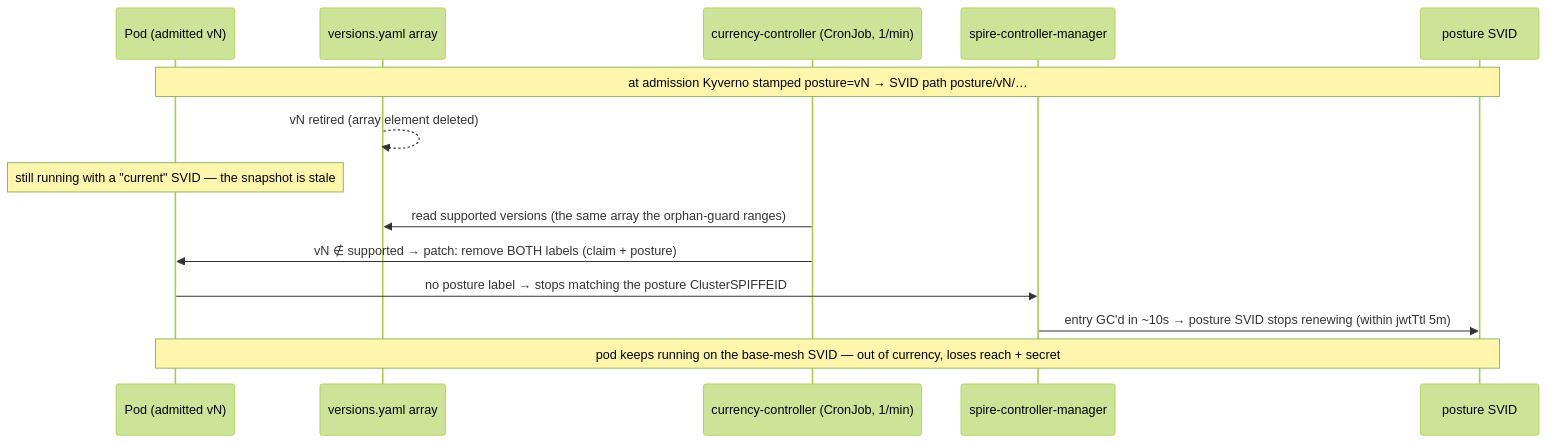
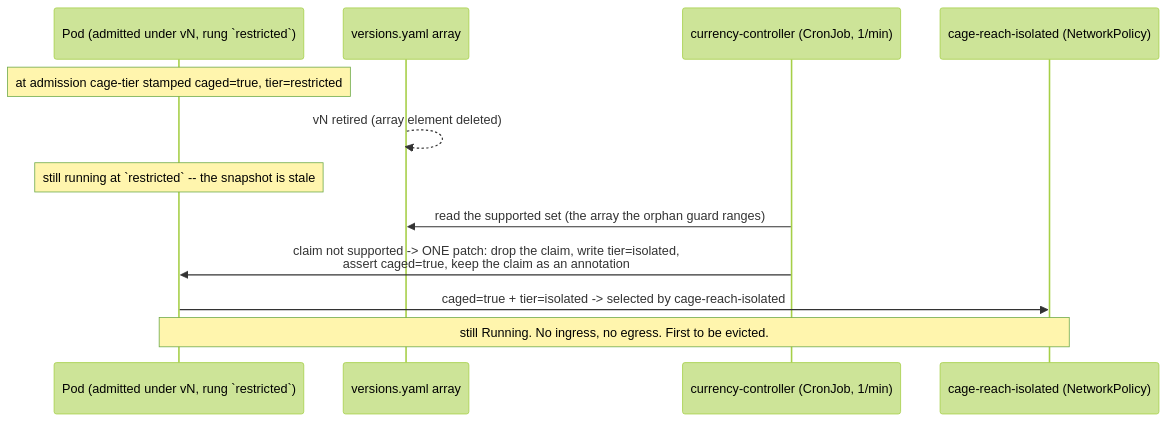
The diagram in currency-controller/README.md (policy-as-versioned-platform/platform), drawn with Mermaid (forest theme) before and after one commit. The commit also changed other lines of this file and 7 other files, not shown here.

First line of the commit message:
Ticket 91: the currency controller re-cages to isolated, and is owned

````diff
--- a/currency-controller/README.md
+++ b/currency-controller/README.md
@@ -11,16 +22,14 @@
 ```mermaid
 sequenceDiagram
-  participant Pod as Pod (admitted vN)
+  participant Pod as Pod (admitted under vN, rung `restricted`)
   participant Arr as versions.yaml array
   participant CC as currency-controller (CronJob, 1/min)
-  participant SCM as spire-controller-manager
-  participant SVID as posture SVID
-  Note over Pod,SVID: at admission Kyverno stamped posture=vN → SVID path posture/vN/…
+  participant NP as cage-reach-isolated (NetworkPolicy)
+  Note over Pod: at admission cage-tier stamped caged=true, tier=restricted
   Arr-->>Arr: vN retired (array element deleted)
-  Note over Pod: still running with a "current" SVID — the snapshot is stale
-  CC->>Arr: read supported versions (the same array the orphan-guard ranges)
-  CC->>Pod: vN ∉ supported → patch: remove BOTH labels (claim + posture)
-  Pod->>SCM: no posture label → stops matching the posture ClusterSPIFFEID
-  SCM->>SVID: entry GC'd in ~10s → posture SVID stops renewing (within jwtTtl 5m)
-  Note over Pod,SVID: pod keeps running on the base-mesh SVID — out of currency, loses reach + secret
+  Note over Pod: still running at `restricted` -- the snapshot is stale
+  CC->>Arr: read the supported set (the array the orphan guard ranges)
+  CC->>Pod: claim not supported -> ONE patch: drop the claim, write tier=isolated,<br/>assert caged=true, keep the claim as an annotation
+  Pod->>NP: caged=true + tier=isolated -> selected by cage-reach-isolated
+  Note over Pod,NP: still Running. No ingress, no egress. First to be evicted.
 ```
````
